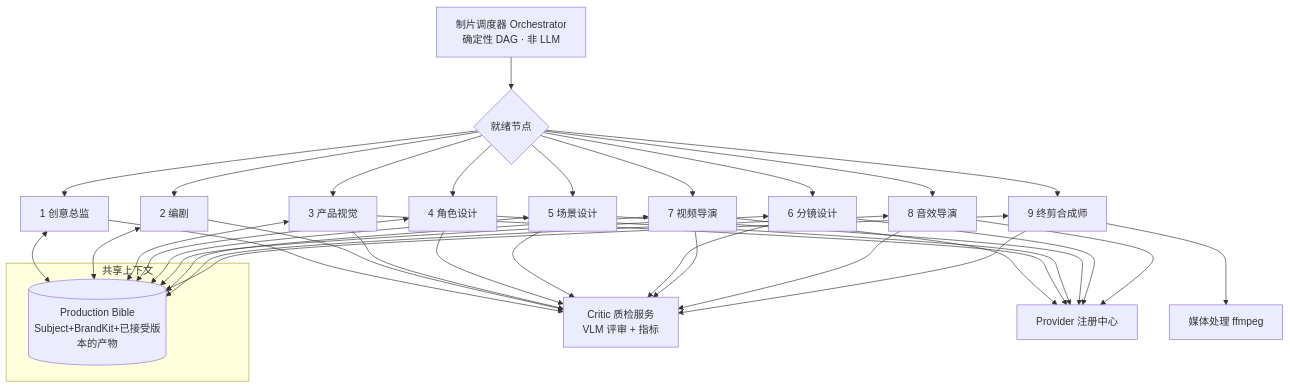
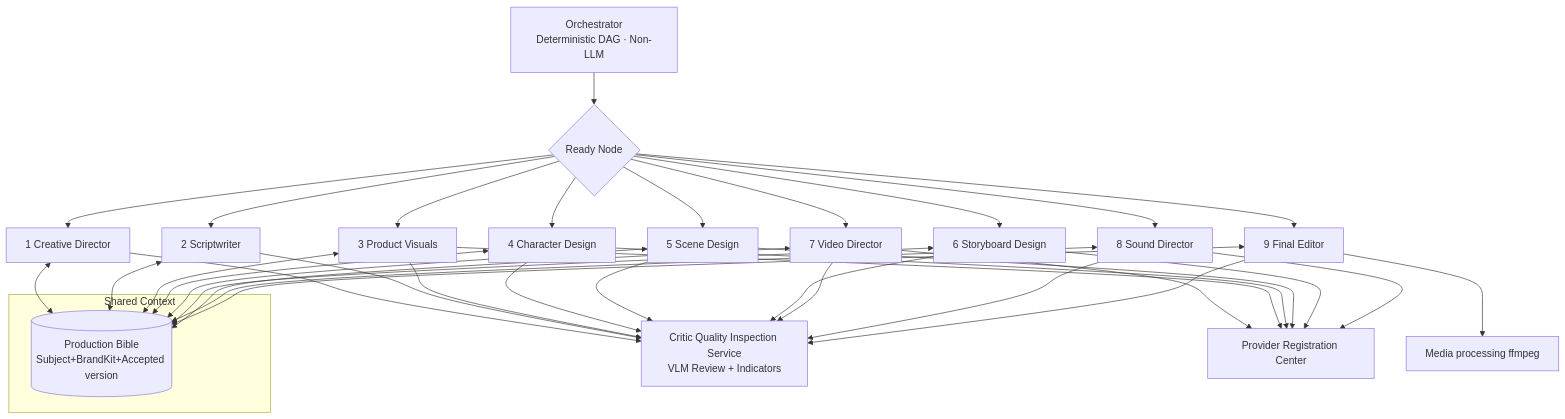
One commit to Runqi518/SPARKLE-AI---Your-Creativity-Deserves-a-Market changed the eighth of 17 diagrams in docs/prd.md. Above: the diagram before and after it, drawn with Mermaid. The commit also changed other lines of this file and 60 other files, not shown here.

````diff
--- a/docs/prd.md
+++ b/docs/prd.md
@@ -498,20 +472,20 @@
 ```mermaid
 flowchart TB
-    subgraph Ctx[共享上下文]
-        Bible[(Production Bible<br/>Subject+BrandKit+已接受版本的产物)]
+    subgraph Ctx[Shared Context]
+        Bible[(Production Bible<br/>Subject+BrandKit+Accepted version)]
     end
-    Orc[制片调度器 Orchestrator<br/>确定性 DAG · 非 LLM] --> Q{就绪节点}
-    Q --> CD[1 创意总监]
-    Q --> SW[2 编剧]
-    Q --> PV[3 产品视觉]
-    Q --> CH[4 角色设计]
-    Q --> SC[5 场景设计]
-    Q --> SB[6 分镜设计]
-    Q --> VD[7 视频导演]
-    Q --> SD[8 音效导演]
-    Q --> ED[9 终剪合成师]
+    Orc[Orchestrator<br/>Deterministic DAG · Non-LLM] --> Q{Ready Node}
+    Q --> CD[1 Creative Director]
+    Q --> SW[2 Scriptwriter]
+    Q --> PV[3 Product Visuals]
+    Q --> CH[4 Character Design]
+    Q --> SC[5 Scene Design]
+    Q --> SB[6 Storyboard Design]
+    Q --> VD[7 Video Director]
+    Q --> SD[8 Sound Director]
+    Q --> ED[9 Final Editor]
     CD & SW & PV & CH & SC & SB & VD & SD & ED <--> Bible
-    CD & SW & PV & CH & SC & SB & VD & SD & ED --> Critic[Critic 质检服务<br/>VLM 评审 + 指标]
-    VD & PV & CH & SC & SB & SD --> Reg[Provider 注册中心]
-    ED --> FF[媒体处理 ffmpeg]
+    CD & SW & PV & CH & SC & SB & VD & SD & ED --> Critic[Critic Quality Inspection Service<br/>VLM Review + Indicators]
+    VD & PV & CH & SC & SB & SD --> Reg[Provider Registration Center]
+    ED --> FF[Media processing ffmpeg]
 ```
````
